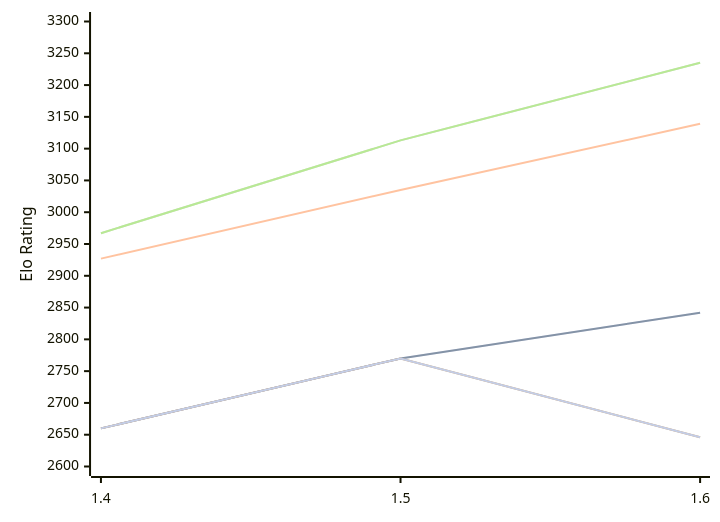
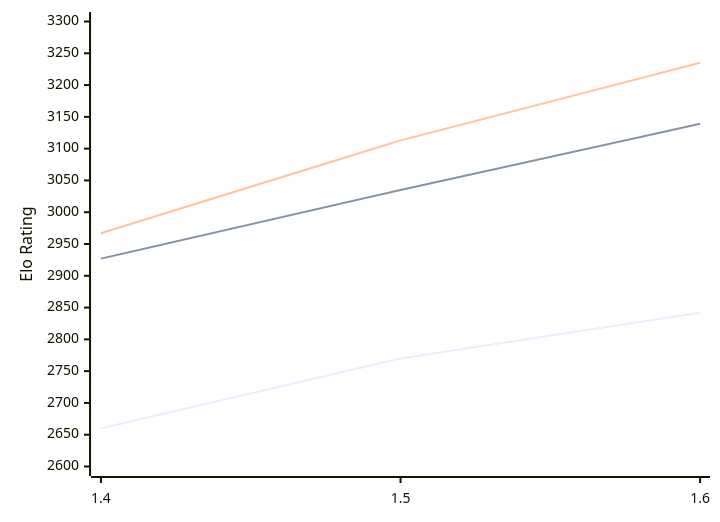
Before and after one commit to computer-chess-index/cci: the diagram in engines/Yakka.md, drawn with Mermaid. The commit also changed other lines of this file, not shown here.

````diff
--- a/engines/Yakka.md
+++ b/engines/Yakka.md
@@ -49,13 +49,9 @@
 ```mermaid
 %%{init: {"theme":"base","themeVariables":{"seriesColors:['#a3a3a3','#222221','#faa371']}}}%%
 xychart-beta
   x-axis ["1.4", "1.5", "1.6"]
   y-axis "Elo Rating" 2600 --> 3300
-  line "" [2660, 2770, 2842]
   line "T1: STC (8.0+0.08s)" [2660, 2770, 2842]
   line "T1: LTC (60.0+0.60s)" [2927, 3035, 3139]
-  line "" [2967, 3113, 3235]
   line "T1: VLTC (2m24s+1.12s)" [2967, 3113, 3235]
-  line "" [2660, 2770,2646]
-  line "E1: STC (8.0+0.08s)" [2660, 2770,2646]
 ```
````
